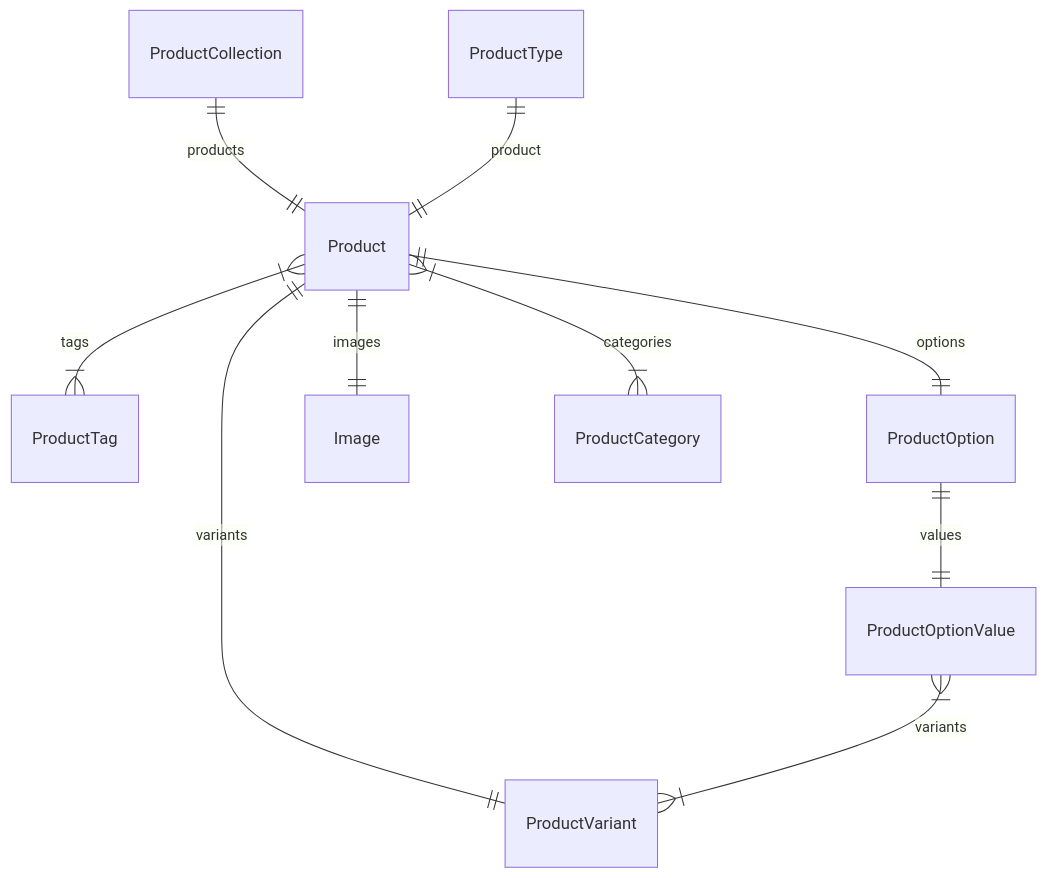
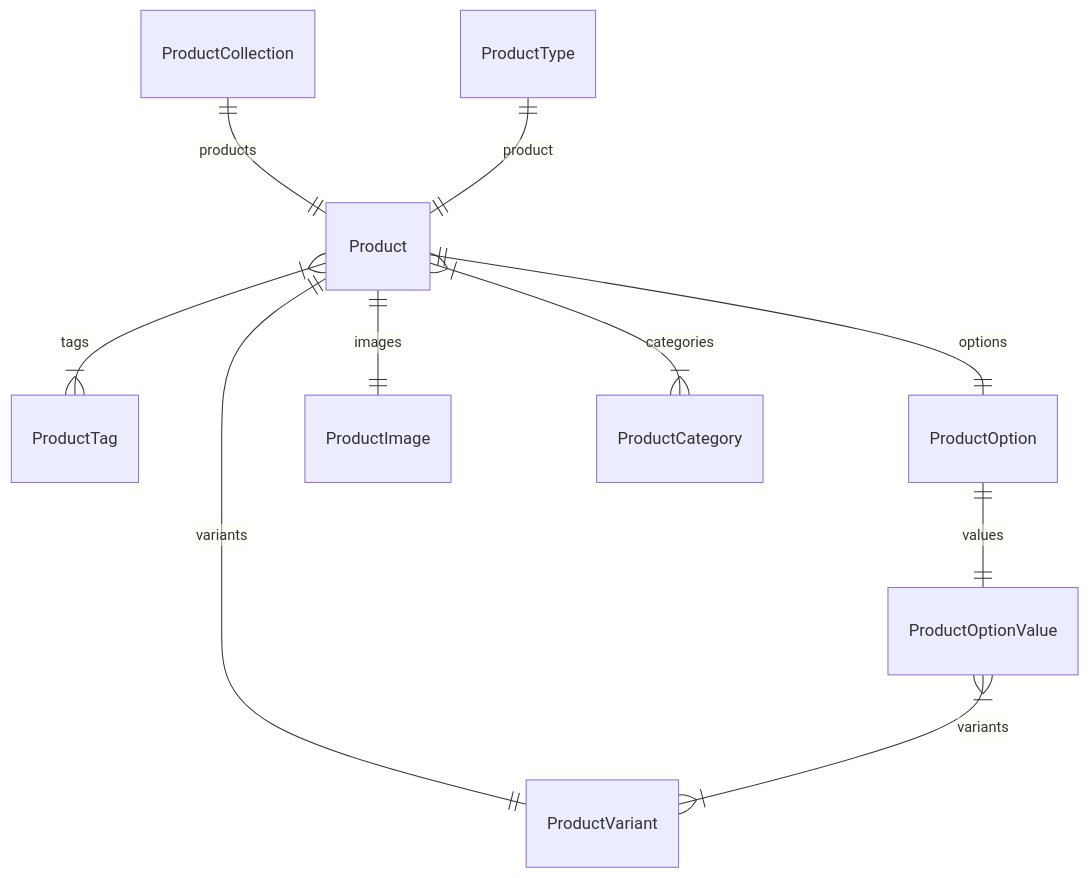
One commit to zaaakher/medusa changed the diagram in www/apps/resources/references/modules/product_models/page.mdx. Above: the diagram before and after it, drawn with Mermaid. The commit also changed other lines of this file and 142 other files, not shown here.

````diff
--- a/www/apps/resources/references/modules/product_models/page.mdx
+++ b/www/apps/resources/references/modules/product_models/page.mdx
@@ -14,13 +14,13 @@
 ```mermaid
 erDiagram
 	Product ||--|| ProductVariant : variants
 	Product }|--|{ ProductTag : tags
 	Product ||--|| ProductOption : options
-	Product ||--|| Image : images
+	Product ||--|| ProductImage : images
 	Product }|--|{ ProductCategory : categories
 	ProductCollection ||--|| Product : products
 	ProductOption ||--|| ProductOptionValue : values
 	ProductOptionValue }|--|{ ProductVariant : variants
 	ProductType ||--|| Product : product
 
 ```
````
